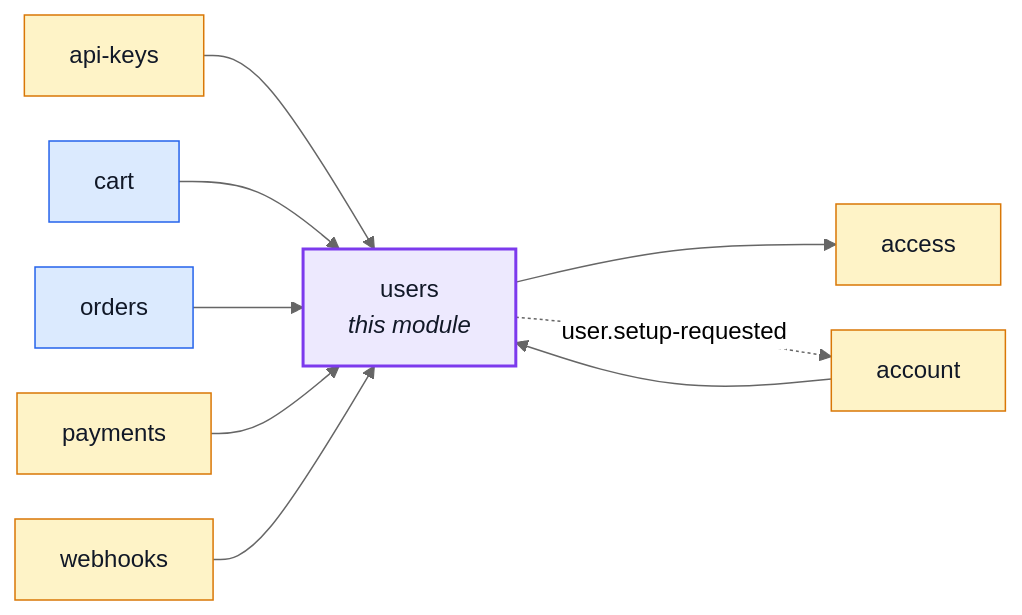
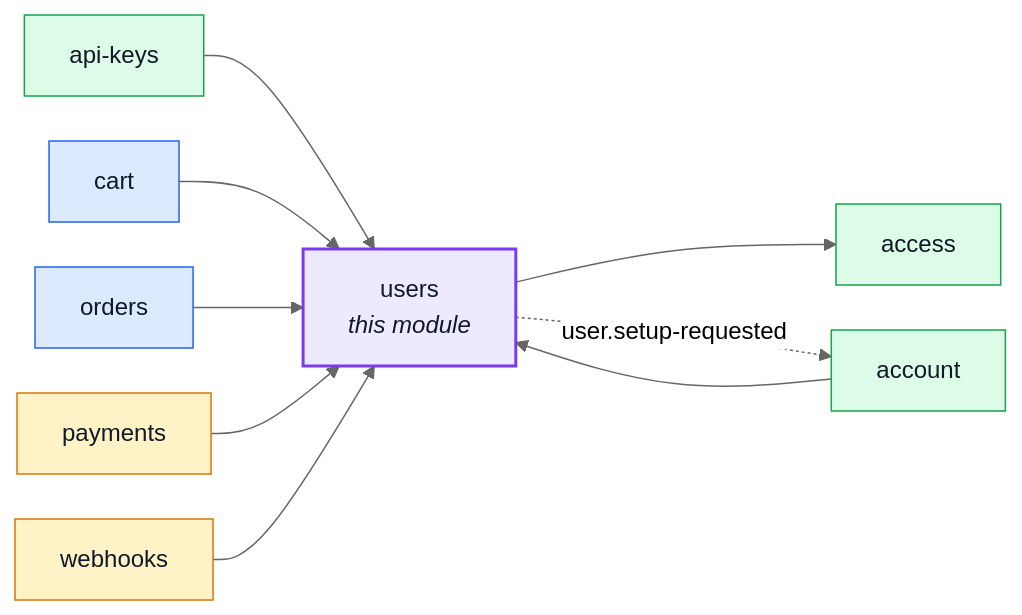
One commit to Guebbit/boilerplate-node-backend changed the diagram in docs/modules/users.md. Above: the diagram before and after it, drawn with Mermaid (neutral theme). The commit also changed 13 other files, not shown here.

First line of the commit message:
docs(modules): relabel Identity & Access as one generic context

````diff
--- a/docs/modules/users.md
+++ b/docs/modules/users.md
@@ -16,29 +16,30 @@
 ```mermaid
 %%{init: {'flowchart': {'nodeSpacing': 30, 'rankSpacing': 60}}}%%
 flowchart LR
     users["users<br/><i>this module</i>"]
     access["access"]
     account["account"]
     api_keys["api-keys"]
     cart["cart"]
     orders["orders"]
     payments["payments"]
     webhooks["webhooks"]
 
     account --> users
     api_keys --> users
     cart --> users
     orders --> users
     payments --> users
     webhooks --> users
     users --> access
     users -. "user.setup-requested" .-> account
 
     classDef core fill:#dbeafe,stroke:#2563eb,color:#111827;
     classDef supporting fill:#fef3c7,stroke:#d97706,color:#111827;
     classDef generic fill:#dcfce7,stroke:#16a34a,color:#111827;
     classDef centre fill:#ede9fe,stroke:#7c3aed,stroke-width:2px,color:#111827;
     class cart,orders core;
-    class access,account,api_keys,payments,webhooks supporting;
+    class payments,webhooks supporting;
+    class access,account,api_keys generic;
     class users centre;
 ```
````
